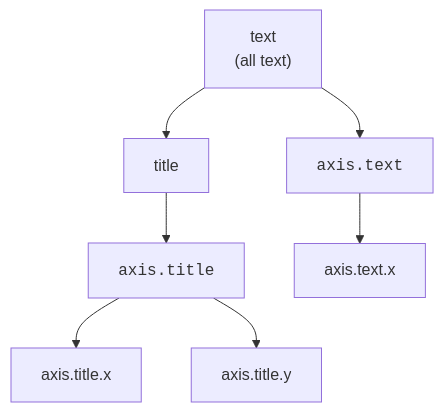
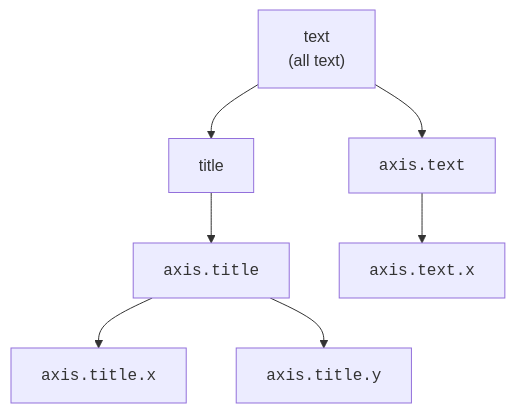
Before and after one commit to dataslope/dataslope: the diagram in content/learn/mastering-ggplot2/themes-and-styling.mdx, drawn with Mermaid. The commit also changed 100 other files, not shown here.

First line of the commit message:
Wrap more code in diagram labels: filenames, hex, assignments, subgraph titles

````diff
--- a/content/learn/mastering-ggplot2/themes-and-styling.mdx
+++ b/content/learn/mastering-ggplot2/themes-and-styling.mdx
@@ -104,9 +104,9 @@
 ```mermaid
 flowchart TD
     TEXT["text<br/>(all text)"] --> TITLE["title"]
     TEXT --> AXISTXT["<code>axis.text</code>"]
     TITLE --> AXISTITLE["<code>axis.title</code>"]
-    AXISTITLE --> AXISTITLEX["axis.title.x"]
-    AXISTITLE --> AXISTITLEY["axis.title.y"]
-    AXISTXT --> AXISTXTX["axis.text.x"]
+    AXISTITLE --> AXISTITLEX["<code>axis.title.x</code>"]
+    AXISTITLE --> AXISTITLEY["<code>axis.title.y</code>"]
+    AXISTXT --> AXISTXTX["<code>axis.text.x</code>"]
 ```
````
